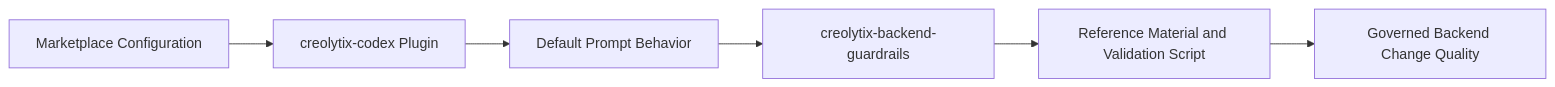
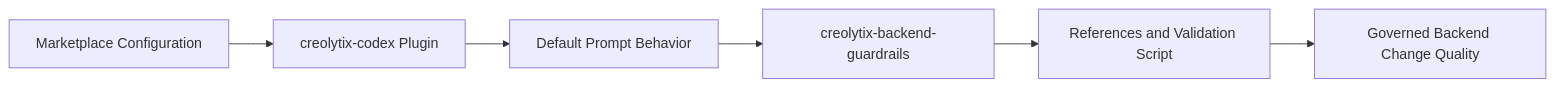
Diagram 12 of 15 in creolytix-ai-delivery-model-github-safe.md (refat-asadullah-creolytix-dev/refat-asadullah-creolytix-dev), drawn with Mermaid before and after one commit. The commit also changed other lines of this file, not shown here.

````diff
--- a/creolytix-ai-delivery-model-github-safe.md
+++ b/creolytix-ai-delivery-model-github-safe.md
@@ -347,8 +346,8 @@
 ```mermaid
 flowchart LR
     A[Marketplace Configuration] --> B[creolytix-codex Plugin]
     B --> C[Default Prompt Behavior]
     C --> D[creolytix-backend-guardrails]
-    D --> E[Reference Material and Validation Script]
+    D --> E[References and Validation Script]
     E --> F[Governed Backend Change Quality]
 ```
````
